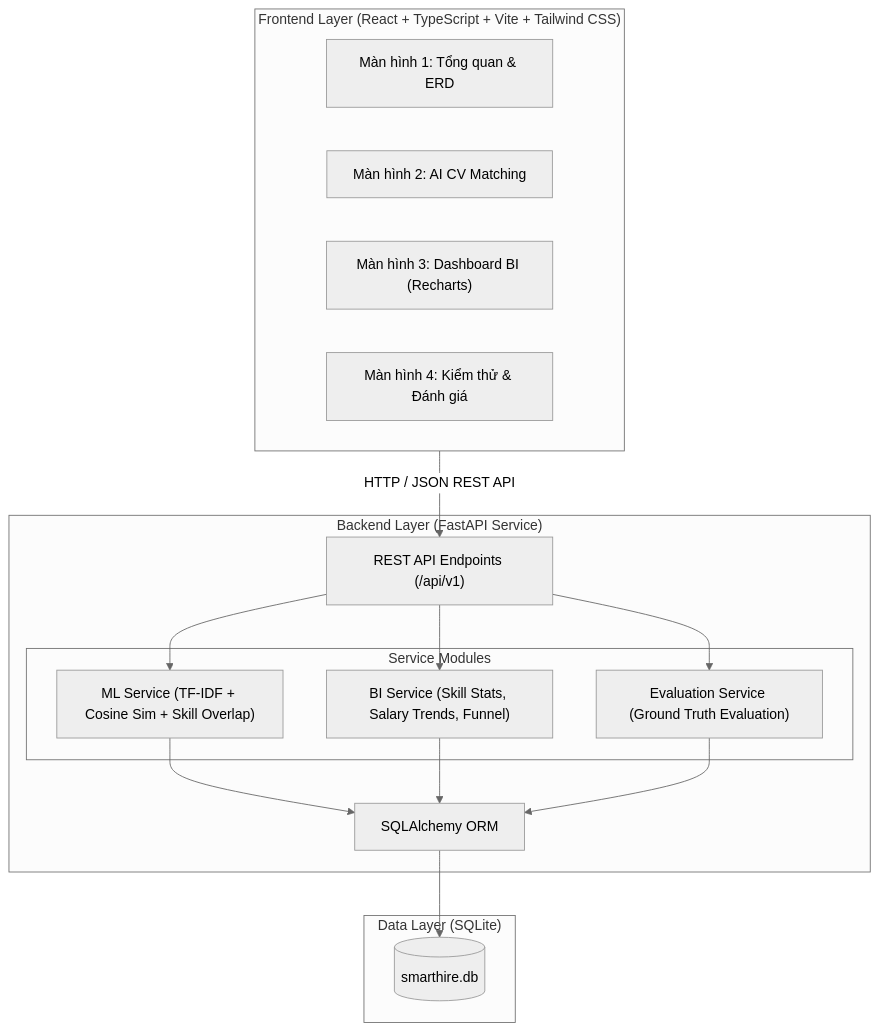
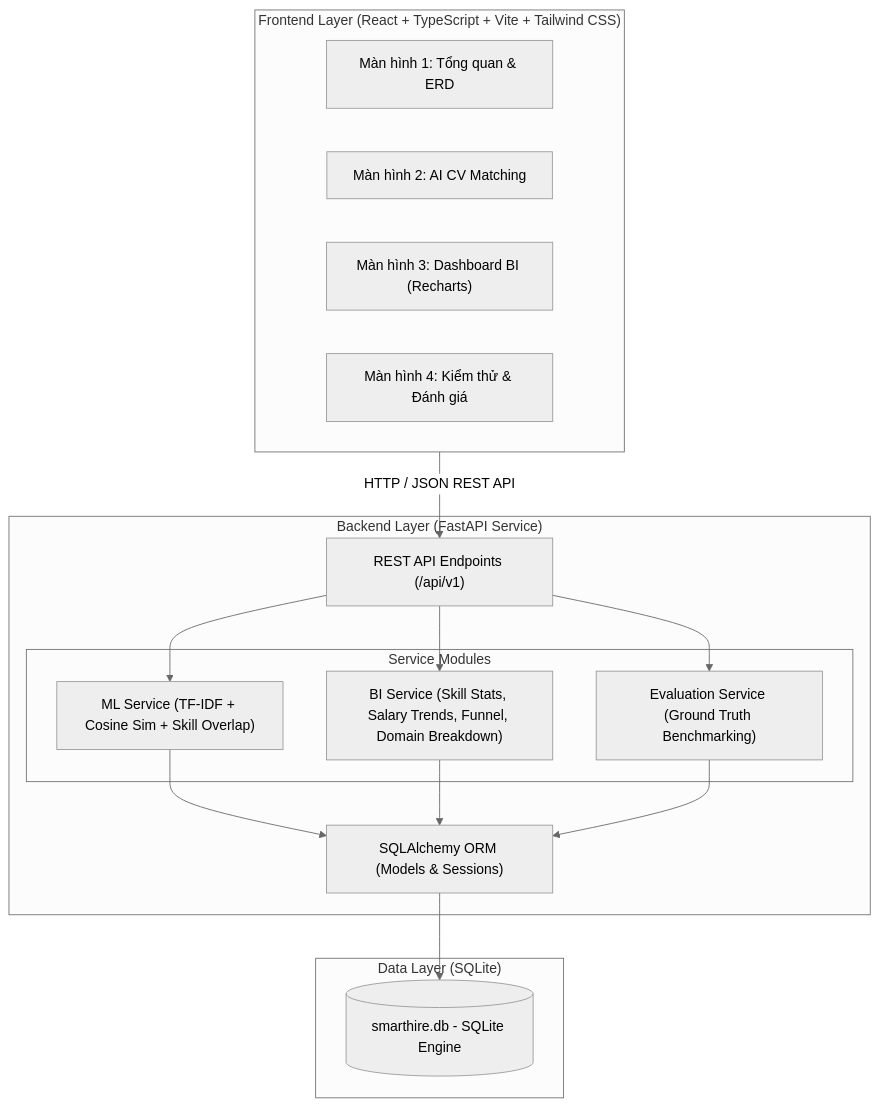
One commit to DangHuy1302/Group8-SmartHire changed the first of 2 diagrams in docs/ARCHITECTURE_AND_ERD.md. Above: the diagram before and after it, drawn with Mermaid (neutral theme). The commit also changed other lines of this file and 32 other files, not shown here.

````diff
--- a/docs/ARCHITECTURE_AND_ERD.md
+++ b/docs/ARCHITECTURE_AND_ERD.md
@@ -39,32 +43,32 @@
 ```mermaid
 graph TD
     subgraph Client ["Frontend Layer (React + TypeScript + Vite + Tailwind CSS)"]
         UI1["Màn hình 1: Tổng quan & ERD"]
         UI2["Màn hình 2: AI CV Matching"]
         UI3["Màn hình 3: Dashboard BI (Recharts)"]
         UI4["Màn hình 4: Kiểm thử & Đánh giá"]
     end
 
     subgraph Server ["Backend Layer (FastAPI Service)"]
         API["REST API Endpoints (/api/v1)"]
         subgraph Modules ["Service Modules"]
             MLS["ML Service (TF-IDF + Cosine Sim + Skill Overlap)"]
-            BIS["BI Service (Skill Stats, Salary Trends, Funnel)"]
-            EVAL["Evaluation Service (Ground Truth Evaluation)"]
+            BIS["BI Service (Skill Stats, Salary Trends, Funnel, Domain Breakdown)"]
+            EVAL["Evaluation Service (Ground Truth Benchmarking)"]
         end
-        ORM["SQLAlchemy ORM"]
+        ORM["SQLAlchemy ORM (Models & Sessions)"]
     end
 
     subgraph Data ["Data Layer (SQLite)"]
-        DB[(smarthire.db)]
+        DB[(smarthire.db - SQLite Engine)]
     end
 
     Client -->|HTTP / JSON REST API| API
     API --> MLS
     API --> BIS
     API --> EVAL
     MLS --> ORM
     BIS --> ORM
     EVAL --> ORM
     ORM --> DB
 ```
````
